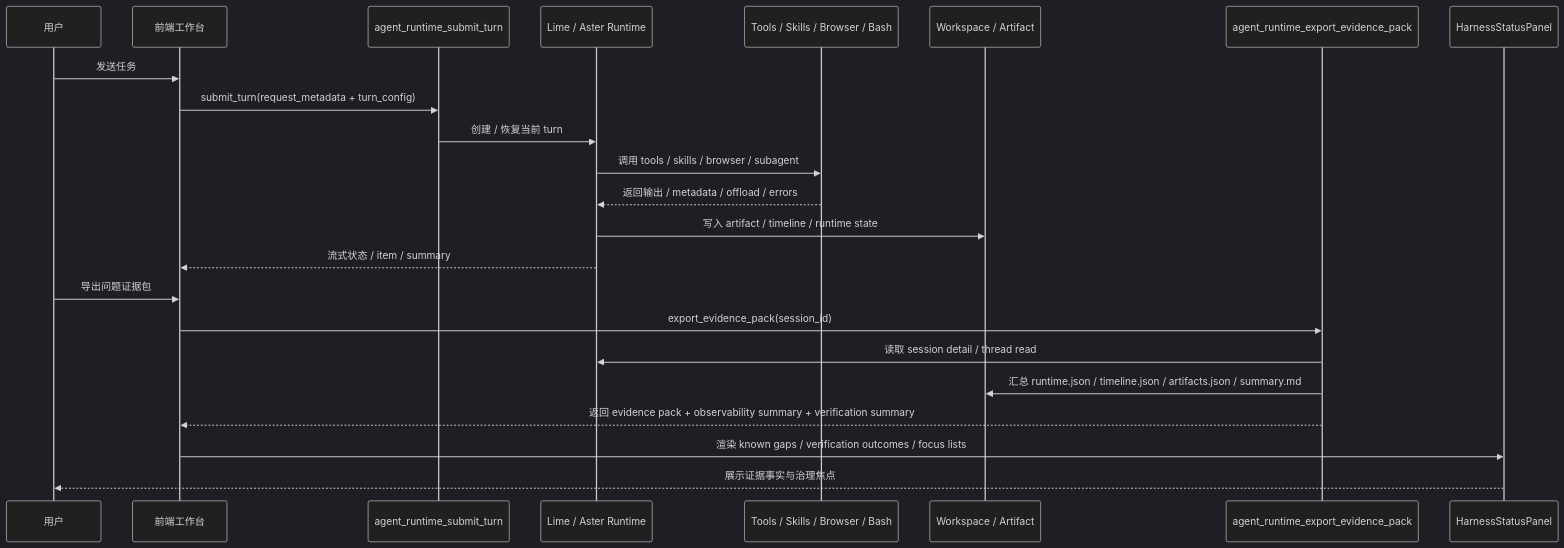
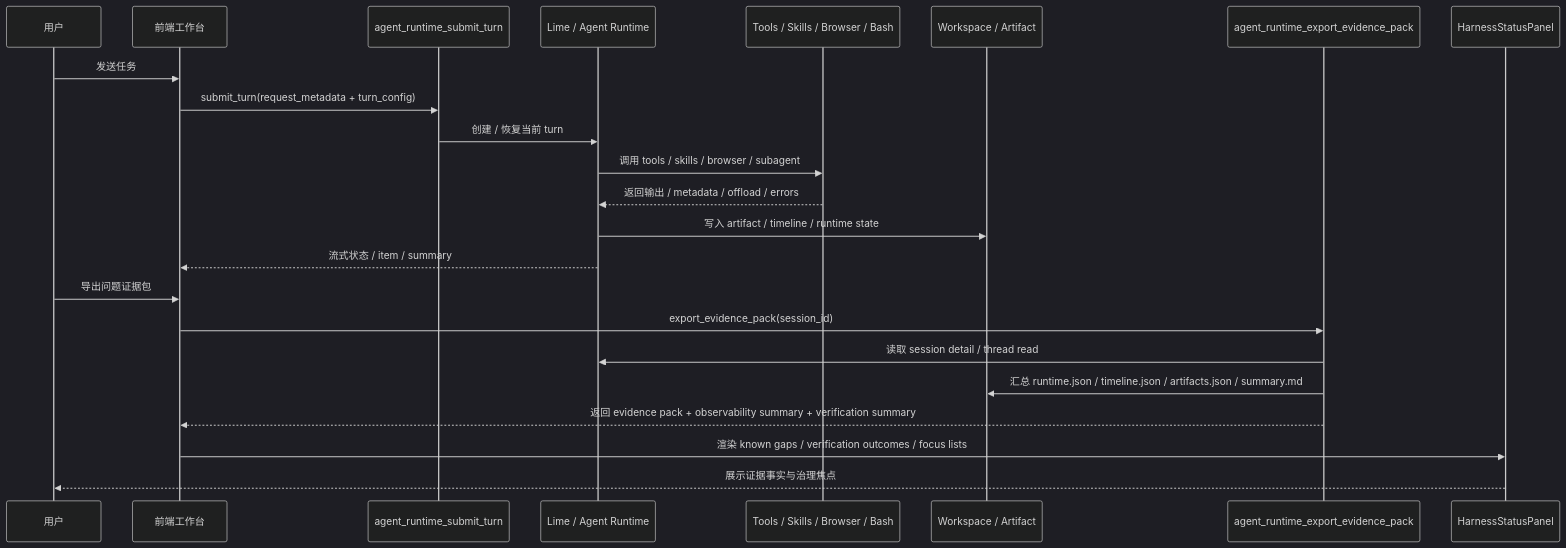
Before and after one commit to jiujuan/lime: the second of 5 diagrams in internal/roadmap/harness-engine/diagrams.md, drawn with Mermaid (dark theme). The commit also changed other lines of this file and 975 other files, not shown here.

````diff
--- a/internal/roadmap/harness-engine/diagrams.md
+++ b/internal/roadmap/harness-engine/diagrams.md
@@ -44,27 +44,27 @@
 ```mermaid
 sequenceDiagram
     participant U as 用户
     participant F as 前端工作台
     participant C as agent_runtime_submit_turn
-    participant R as Lime / Aster Runtime
+    participant R as Lime / Agent Runtime
     participant T as Tools / Skills / Browser / Bash
     participant W as Workspace / Artifact
     participant E as agent_runtime_export_evidence_pack
     participant P as HarnessStatusPanel
 
     U->>F: 发送任务
     F->>C: submit_turn(request_metadata + turn_config)
     C->>R: 创建 / 恢复当前 turn
     R->>T: 调用 tools / skills / browser / subagent
     T-->>R: 返回输出 / metadata / offload / errors
     R->>W: 写入 artifact / timeline / runtime state
     R-->>F: 流式状态 / item / summary
 
     U->>F: 导出问题证据包
     F->>E: export_evidence_pack(session_id)
     E->>R: 读取 session detail / thread read
     E->>W: 汇总 runtime.json / timeline.json / artifacts.json / summary.md
     E-->>F: 返回 evidence pack + observability summary + verification summary
     F->>P: 渲染 known gaps / verification outcomes / focus lists
     P-->>U: 展示证据事实与治理焦点
 ```
````
